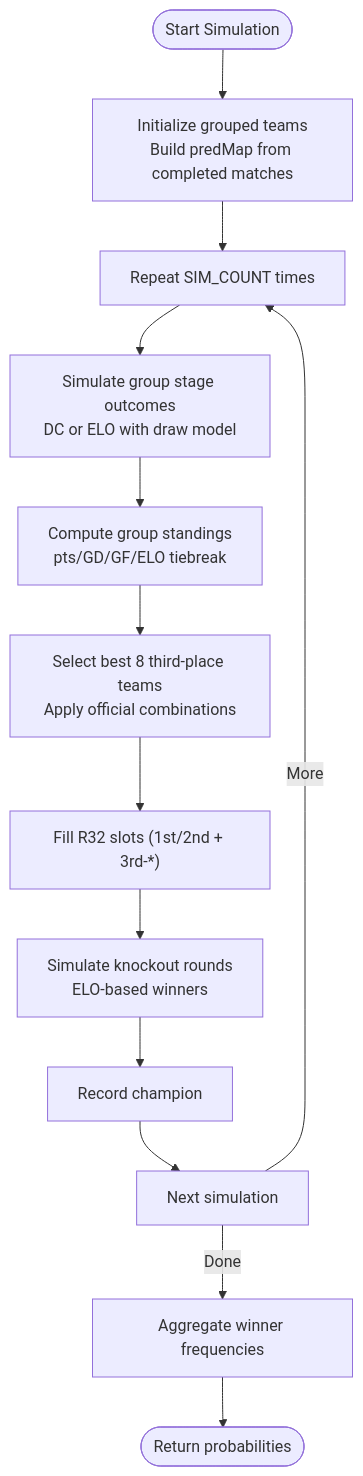
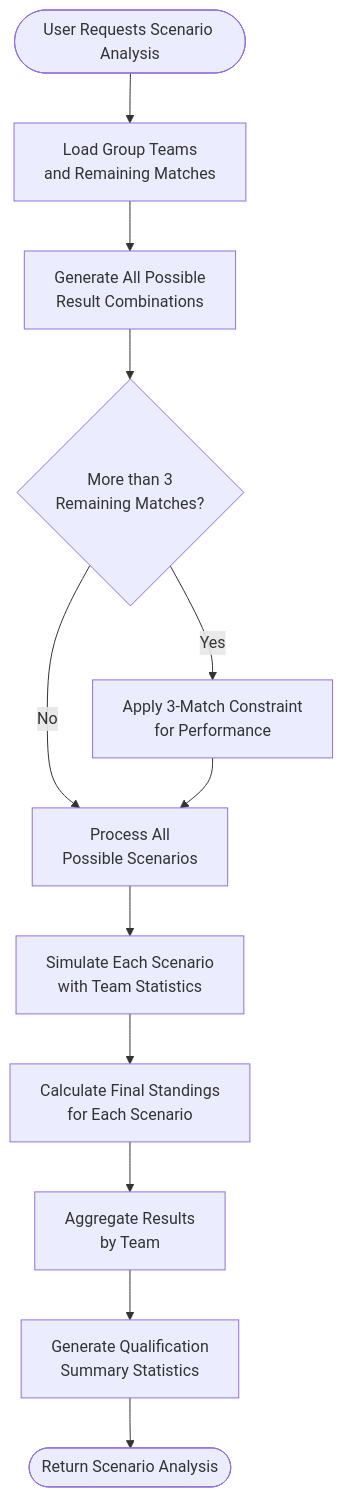
Before and after one commit to cheesiong/WC26-qwen: the fifth of 9 diagrams in .qoder/repowiki/en/content/Tournament Management/Tournament Management.md, drawn with Mermaid. The commit also changed other lines of this file and 181 other files, not shown here.

````diff
--- a/.qoder/repowiki/en/content/Tournament Management/Tournament Management.md
+++ b/.qoder/repowiki/en/content/Tournament Management/Tournament Management.md
@@ -127,15 +238,14 @@
 ```mermaid
 flowchart TD
-Start(["Start Simulation"]) --> Init["Initialize grouped teams<br/>Build predMap from completed matches"]
-Init --> Loop["Repeat SIM_COUNT times"]
-Loop --> GroupSim["Simulate group stage outcomes<br/>DC or ELO with draw model"]
-GroupSim --> Standings["Compute group standings<br/>pts/GD/GF/ELO tiebreak"]
-Standings --> Third["Select best 8 third-place teams<br/>Apply official combinations"]
-Third --> FillSlots["Fill R32 slots (1st/2nd + 3rd-*)"]
-FillSlots --> KO["Simulate knockout rounds<br/>ELO-based winners"]
-KO --> Record["Record champion"]
-Record --> Next["Next simulation"]
-Next --> |More| Loop
-Next --> |Done| Aggregate["Aggregate winner frequencies"]
-Aggregate --> End(["Return probabilities"])
+Start([User Requests Scenario Analysis]) --> LoadGroup["Load Group Teams<br/>and Remaining Matches"]
+LoadGroup --> GenerateScenarios["Generate All Possible<br/>Result Combinations"]
+GenerateScenarios --> LimitScenarios{"More than 3<br/>Remaining Matches?"}
+LimitScenarios --> |Yes| ApplyConstraint["Apply 3-Match Constraint<br/>for Performance"]
+LimitScenarios --> |No| ProcessAll["Process All<br/>Possible Scenarios"]
+ApplyConstraint --> ProcessAll
+ProcessAll --> SimulateEach["Simulate Each Scenario<br/>with Team Statistics"]
+SimulateEach --> CalculateOutcomes["Calculate Final Standings<br/>for Each Scenario"]
+CalculateOutcomes --> AggregateResults["Aggregate Results<br/>by Team"]
+AggregateResults --> GenerateSummary["Generate Qualification<br/>Summary Statistics"]
+GenerateSummary --> End([Return Scenario Analysis])
 ```
````
